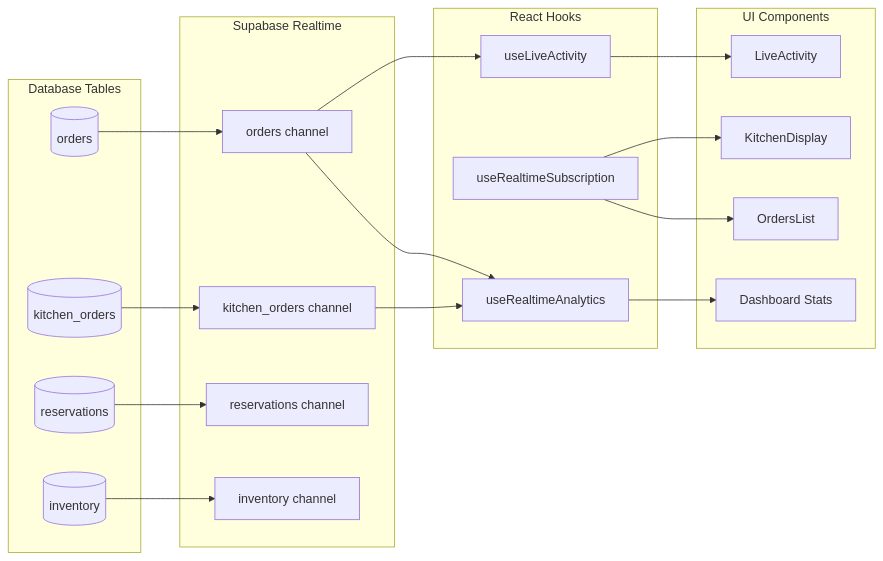
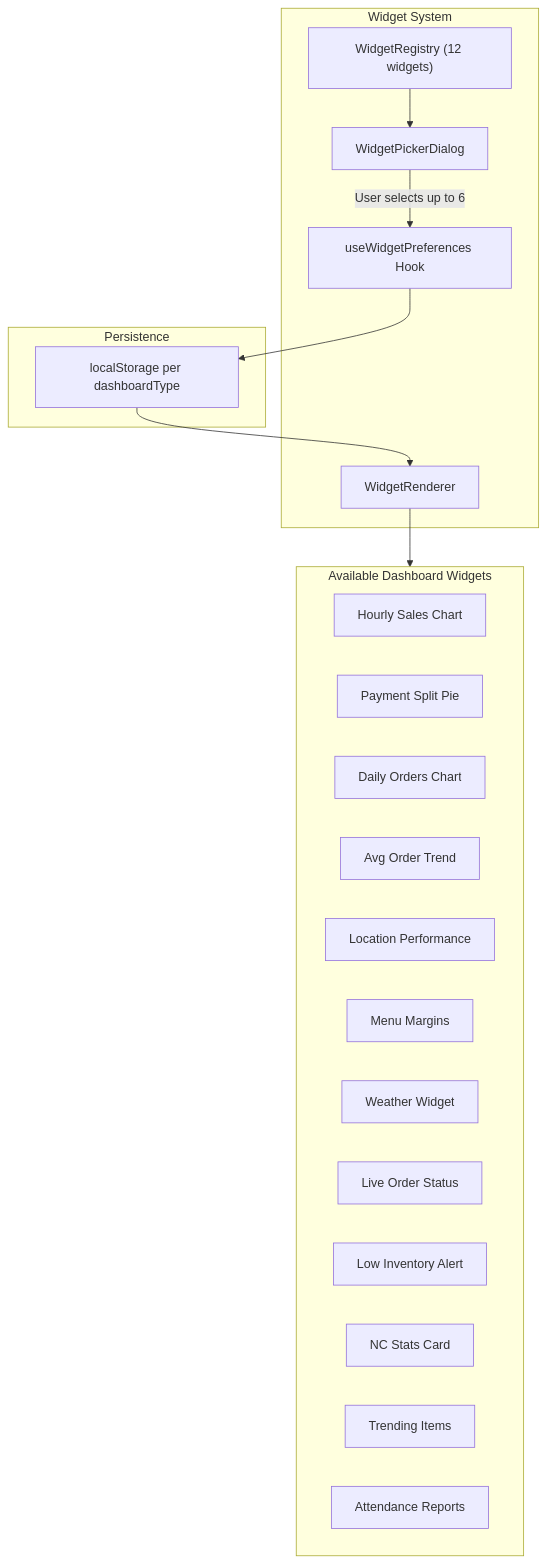
Diagram 14 of 26 in docs/ARCHITECTURE_DEV.md (sudipjangam/tasty-bite-harbor), drawn with Mermaid before and after one commit. The commit also changed other lines of this file and 6 other files, not shown here.

Commit message:
feat: Add comprehensive platform user guide, architecture documentation, and an About section component, alongside dependency updates.

````diff
--- a/docs/ARCHITECTURE_DEV.md
+++ b/docs/ARCHITECTURE_DEV.md
@@ -644,43 +890,34 @@
 ```mermaid
-flowchart LR
-    subgraph Tables["Database Tables"]
-        OrdersTable[(orders)]
-        KitchenTable[(kitchen_orders)]
-        ReservationsTable[(reservations)]
-        InventoryTable[(inventory)]
+flowchart TD
+    subgraph WidgetSystem["Widget System"]
+        Registry["WidgetRegistry (12 widgets)"]
+        Picker[WidgetPickerDialog]
+        Renderer[WidgetRenderer]
+        Prefs["useWidgetPreferences Hook"]
     end
     
-    subgraph Supabase["Supabase Realtime"]
-        Channel1[orders channel]
-        Channel2[kitchen_orders channel]
-        Channel3[reservations channel]
-        Channel4[inventory channel]
+    subgraph AvailableWidgets["Available Dashboard Widgets"]
+        HourlySales[Hourly Sales Chart]
+        PaymentSplit[Payment Split Pie]
+        DailyOrders[Daily Orders Chart]
+        AvgOrderTrend[Avg Order Trend]
+        LocationPerf[Location Performance]
+        MenuMargins[Menu Margins]
+        Weather[Weather Widget]
+        LiveOrders[Live Order Status]
+        LowInventory[Low Inventory Alert]
+        NCStats[NC Stats Card]
+        TrendingItems[Trending Items]
+        AttendanceRpt[Attendance Reports]
     end
     
-    subgraph Hooks["React Hooks"]
-        useRealtimeAnalytics[useRealtimeAnalytics]
-        useLiveActivity[useLiveActivity]
-        useRealtimeSub[useRealtimeSubscription]
+    subgraph Storage["Persistence"]
+        LocalStorage["localStorage per dashboardType"]
     end
     
-    subgraph Components["UI Components"]
-        LiveActivity[LiveActivity]
-        KitchenDisplay[KitchenDisplay]
-        OrdersList[OrdersList]
-        Dashboard[Dashboard Stats]
-    end
-    
-    OrdersTable --> Channel1
-    KitchenTable --> Channel2
-    ReservationsTable --> Channel3
-    InventoryTable --> Channel4
-    
-    Channel1 --> useRealtimeAnalytics
-    Channel2 --> useRealtimeAnalytics
-    Channel1 --> useLiveActivity
-    
-    useRealtimeAnalytics --> Dashboard
-    useLiveActivity --> LiveActivity
-    useRealtimeSub --> KitchenDisplay
-    useRealtimeSub --> OrdersList
+    Registry --> Picker
+    Picker -->|"User selects up to 6"| Prefs
+    Prefs --> LocalStorage
+    LocalStorage --> Renderer
+    Renderer --> AvailableWidgets
 ```
````
